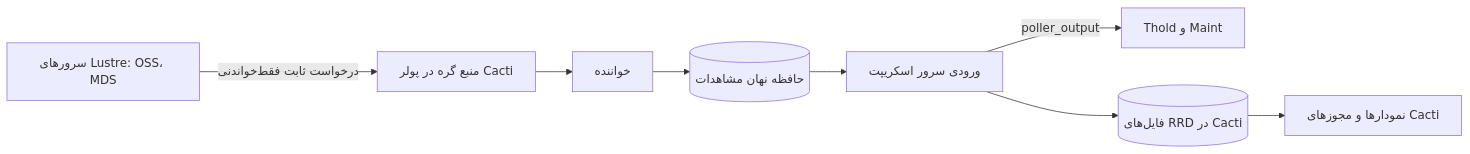
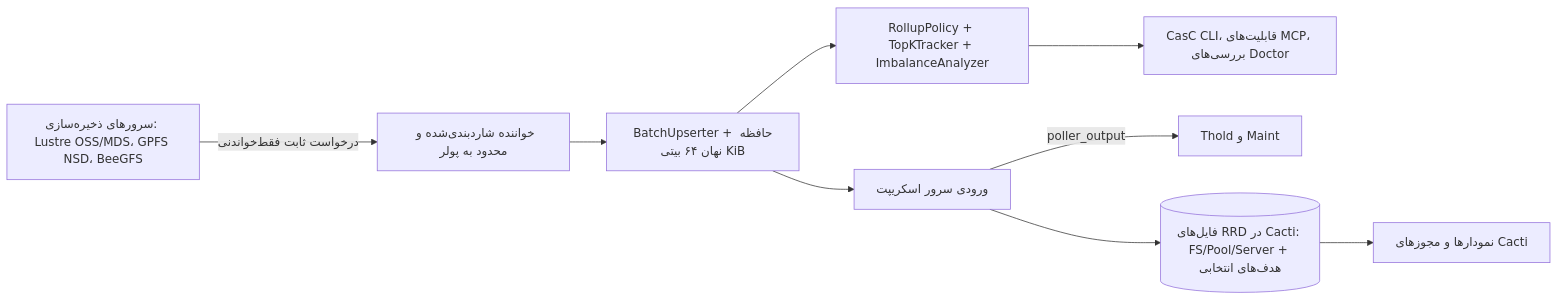
One commit to somethingwithproof/plugin_pfs changed the diagram in docs/i18n/fa-IR/README.md. Above: the diagram before and after it, drawn with Mermaid. The commit also changed other lines of this file and 47 other files, not shown here.

````diff
--- a/docs/i18n/fa-IR/README.md
+++ b/docs/i18n/fa-IR/README.md
@@ -64,10 +72,11 @@
 ```mermaid
 flowchart LR
-    N["سرورهای Lustre: OSS، MDS"] -->|درخواست ثابت فقط‌خواندنی| S["منبع گره در پولر Cacti"]
-    S --> R["خواننده"]
-    R --> C[("حافظه نهان مشاهدات")]
-    C --> SS["ورودی سرور اسکریپت"]
+    N["سرورهای ذخیره‌سازی: Lustre OSS/MDS، GPFS NSD، BeeGFS"] -->|درخواست ثابت فقط‌خواندنی| S["خواننده شاردبندی‌شده و محدود به پولر"]
+    S --> B["BatchUpserter + حافظه نهان ۶۴ بیتی KiB"]
+    B --> R["RollupPolicy + TopKTracker + ImbalanceAnalyzer"]
+    B --> SS["ورودی سرور اسکریپت"]
+    R --> ECO["CasC CLI، قابلیت‌های MCP، بررسی‌های Doctor"]
     SS -->|poller_output| T["Thold و Maint"]
-    SS --> RRD[("فایل‌های RRD در Cacti")]
+    SS --> RRD[("فایل‌های RRD در Cacti: FS/Pool/Server + هدف‌های انتخابی")]
     RRD --> G["نمودارها و مجوزهای Cacti"]
 ```
````
